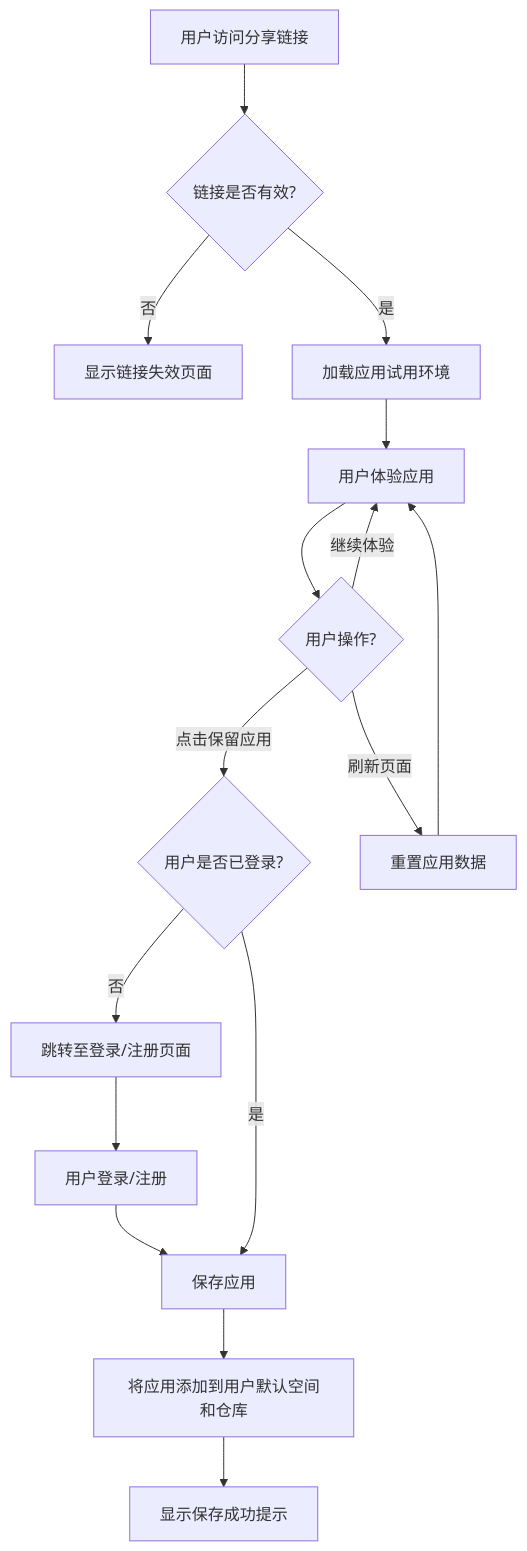
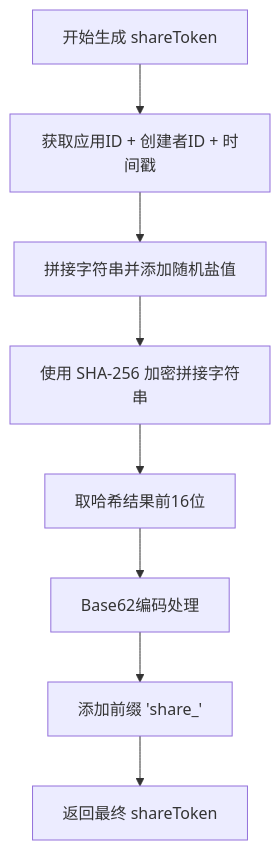
Before and after one commit to yingjianzh/iodraw-files: the diagram in all/未命名-65.md, drawn with Mermaid.

Commit message:
2025-05-22 10:08:34 update

````diff
--- a/all/未命名-65.md
+++ b/all/未命名-65.md
@@ -1,20 +1,10 @@
 ```mermaid
-
 flowchart TD
-    A[用户访问分享链接] --> B{链接是否有效?}
-    B -->|否| C[显示链接失效页面]
-    B -->|是| D[加载应用试用环境]
-    D --> E[用户体验应用]
-    E --> F{用户操作?}
-    F -->|继续体验| E
-    F -->|点击保留应用| G{用户是否已登录?}
-    G -->|否| H[跳转至登录/注册页面]
-    H --> I[用户登录/注册]
-    I --> J[保存应用]
-    G -->|是| J
-    J --> K[将应用添加到用户默认空间和仓库]
-    K --> L[显示保存成功提示]
-    F -->|刷新页面| M[重置应用数据]
-    M --> E
-
+    A[开始生成 shareToken] --> B[获取应用ID + 创建者ID + 时间戳]
+    B --> C[拼接字符串并添加随机盐值]
+    C --> D[使用 SHA-256 加密拼接字符串]
+    D --> E[取哈希结果前16位]
+    E --> F[Base62编码处理]
+    F --> G[添加前缀 'share_']
+    G --> H[返回最终 shareToken]
 ```
````
